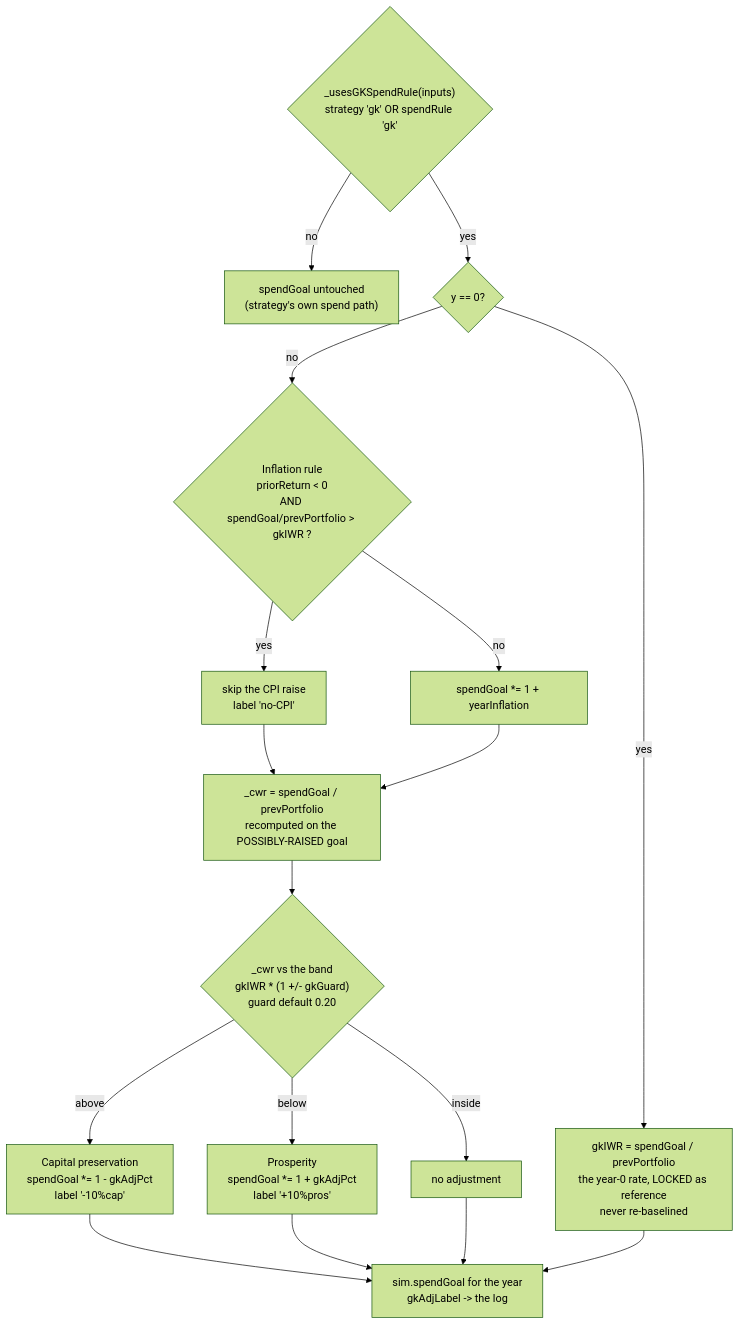
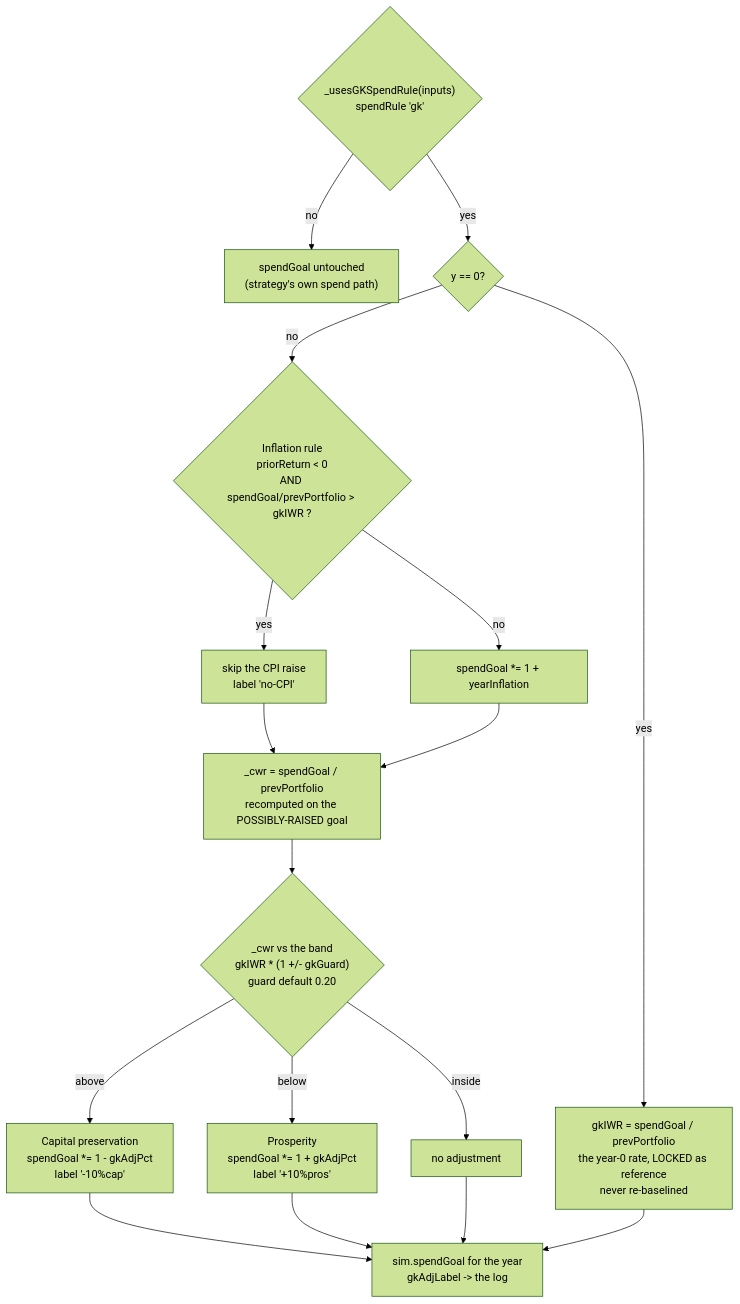
Before and after one commit to nightskyguy/retirement_assets: the fourth of 8 diagrams in ARCHITECTURE.md, drawn with Mermaid (forest theme). The commit also changed other lines of this file and 30 other files, not shown here.

````diff
--- a/ARCHITECTURE.md
+++ b/ARCHITECTURE.md
@@ -205,20 +207,20 @@
 ```mermaid
 flowchart TD
-    G{"_usesGKSpendRule(inputs)<br/>strategy 'gk' OR spendRule 'gk'"}
+    G{"_usesGKSpendRule(inputs)<br/>spendRule 'gk'"}
     G -->|no| SKIP["spendGoal untouched<br/>(strategy's own spend path)"]
     G -->|yes| Y0{"y == 0?"}
     Y0 -->|yes| SEED["gkIWR = spendGoal / prevPortfolio<br/>the year-0 rate, LOCKED as reference<br/>never re-baselined"]
     Y0 -->|no| INF{"Inflation rule<br/>priorReturn &lt; 0<br/>AND spendGoal/prevPortfolio &gt; gkIWR ?"}
     INF -->|yes| NOCPI["skip the CPI raise<br/>label 'no-CPI'"]
     INF -->|no| CPI["spendGoal *= 1 + yearInflation"]
     NOCPI --> CWR["_cwr = spendGoal / prevPortfolio<br/>recomputed on the POSSIBLY-RAISED goal"]
     CPI --> CWR
     CWR --> BAND{"_cwr vs the band<br/>gkIWR * (1 +/- gkGuard)<br/>guard default 0.20"}
     BAND -->|above| CAP["Capital preservation<br/>spendGoal *= 1 - gkAdjPct<br/>label '-10%cap'"]
     BAND -->|below| PROS["Prosperity<br/>spendGoal *= 1 + gkAdjPct<br/>label '+10%pros'"]
     BAND -->|inside| HOLD["no adjustment"]
     CAP --> OUT["sim.spendGoal for the year<br/>gkAdjLabel -> the log"]
     PROS --> OUT
     HOLD --> OUT
     SEED --> OUT
 ```
````
